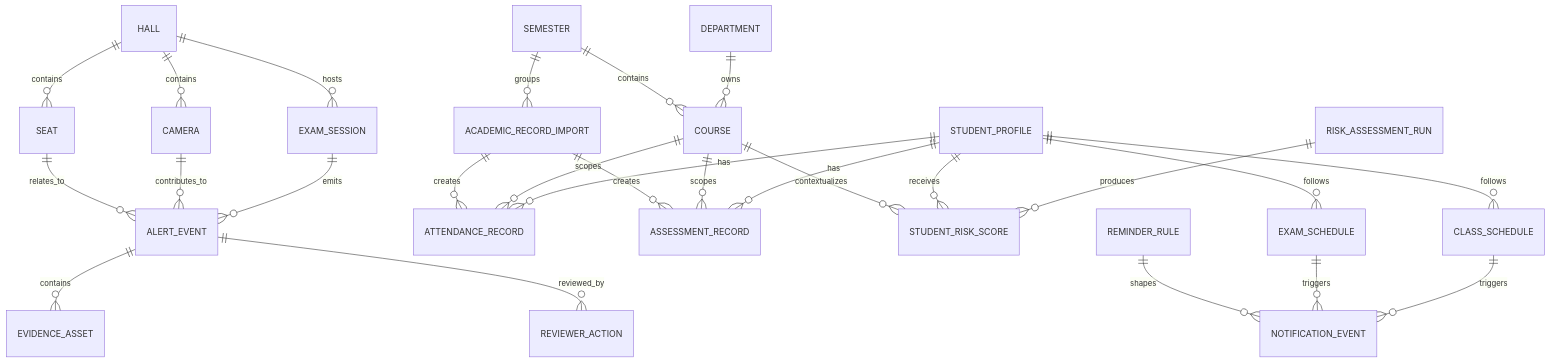
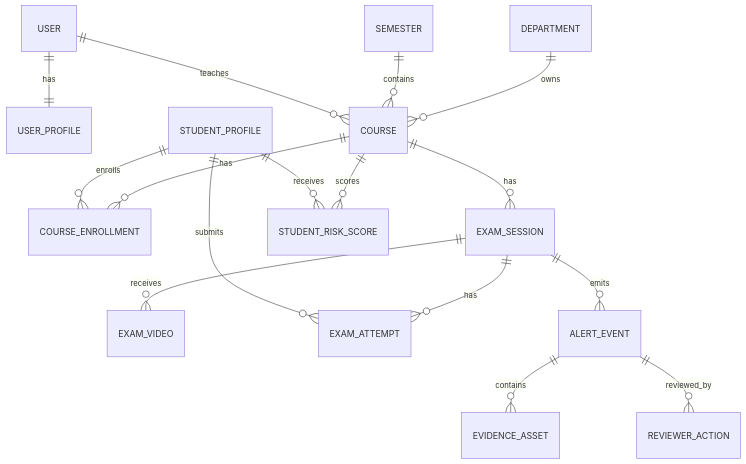
Before and after one commit to Hasib105/sightline: the sixth of 6 diagrams in docs/product/02-domain-workflows-and-data.md, drawn with Mermaid. The commit also changed other lines of this file and 22 other files, not shown here.

First line of the commit message:
feat: add student exams page with ProcBot monitoring and exam attempt submission

````diff
--- a/docs/product/02-domain-workflows-and-data.md
+++ b/docs/product/02-domain-workflows-and-data.md
@@ -78,28 +112,18 @@
 ```mermaid
 erDiagram
+  USER ||--|| USER_PROFILE : has
   DEPARTMENT ||--o{ COURSE : owns
   SEMESTER ||--o{ COURSE : contains
-  HALL ||--o{ CAMERA : contains
-  HALL ||--o{ SEAT : contains
-  HALL ||--o{ EXAM_SESSION : hosts
+  USER ||--o{ COURSE : teaches
+  COURSE ||--o{ COURSE_ENROLLMENT : has
+  STUDENT_PROFILE ||--o{ COURSE_ENROLLMENT : enrolls
+  COURSE ||--o{ EXAM_SESSION : has
+  EXAM_SESSION ||--o{ EXAM_VIDEO : receives
+  EXAM_SESSION ||--o{ EXAM_ATTEMPT : has
+  STUDENT_PROFILE ||--o{ EXAM_ATTEMPT : submits
   EXAM_SESSION ||--o{ ALERT_EVENT : emits
-  CAMERA ||--o{ ALERT_EVENT : contributes_to
-  SEAT ||--o{ ALERT_EVENT : relates_to
   ALERT_EVENT ||--o{ EVIDENCE_ASSET : contains
   ALERT_EVENT ||--o{ REVIEWER_ACTION : reviewed_by
-  STUDENT_PROFILE ||--o{ ATTENDANCE_RECORD : has
-  STUDENT_PROFILE ||--o{ ASSESSMENT_RECORD : has
-  COURSE ||--o{ ATTENDANCE_RECORD : scopes
-  COURSE ||--o{ ASSESSMENT_RECORD : scopes
-  SEMESTER ||--o{ ACADEMIC_RECORD_IMPORT : groups
-  ACADEMIC_RECORD_IMPORT ||--o{ ATTENDANCE_RECORD : creates
-  ACADEMIC_RECORD_IMPORT ||--o{ ASSESSMENT_RECORD : creates
-  RISK_ASSESSMENT_RUN ||--o{ STUDENT_RISK_SCORE : produces
+  COURSE ||--o{ STUDENT_RISK_SCORE : scores
   STUDENT_PROFILE ||--o{ STUDENT_RISK_SCORE : receives
-  COURSE ||--o{ STUDENT_RISK_SCORE : contextualizes
-  STUDENT_PROFILE ||--o{ CLASS_SCHEDULE : follows
-  STUDENT_PROFILE ||--o{ EXAM_SCHEDULE : follows
-  CLASS_SCHEDULE ||--o{ NOTIFICATION_EVENT : triggers
-  EXAM_SCHEDULE ||--o{ NOTIFICATION_EVENT : triggers
-  REMINDER_RULE ||--o{ NOTIFICATION_EVENT : shapes
 ```
````
